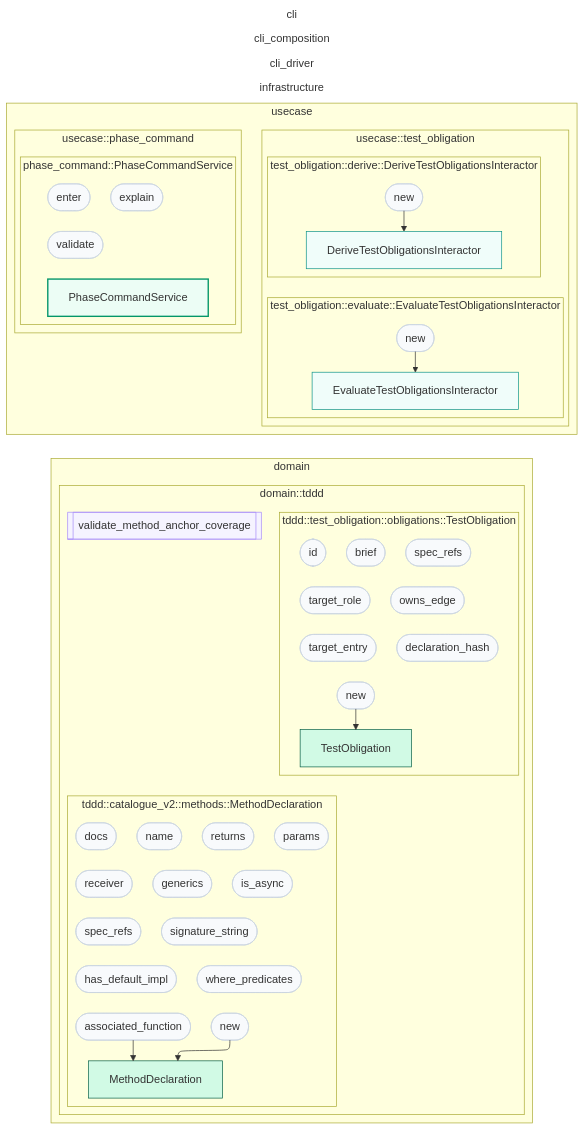
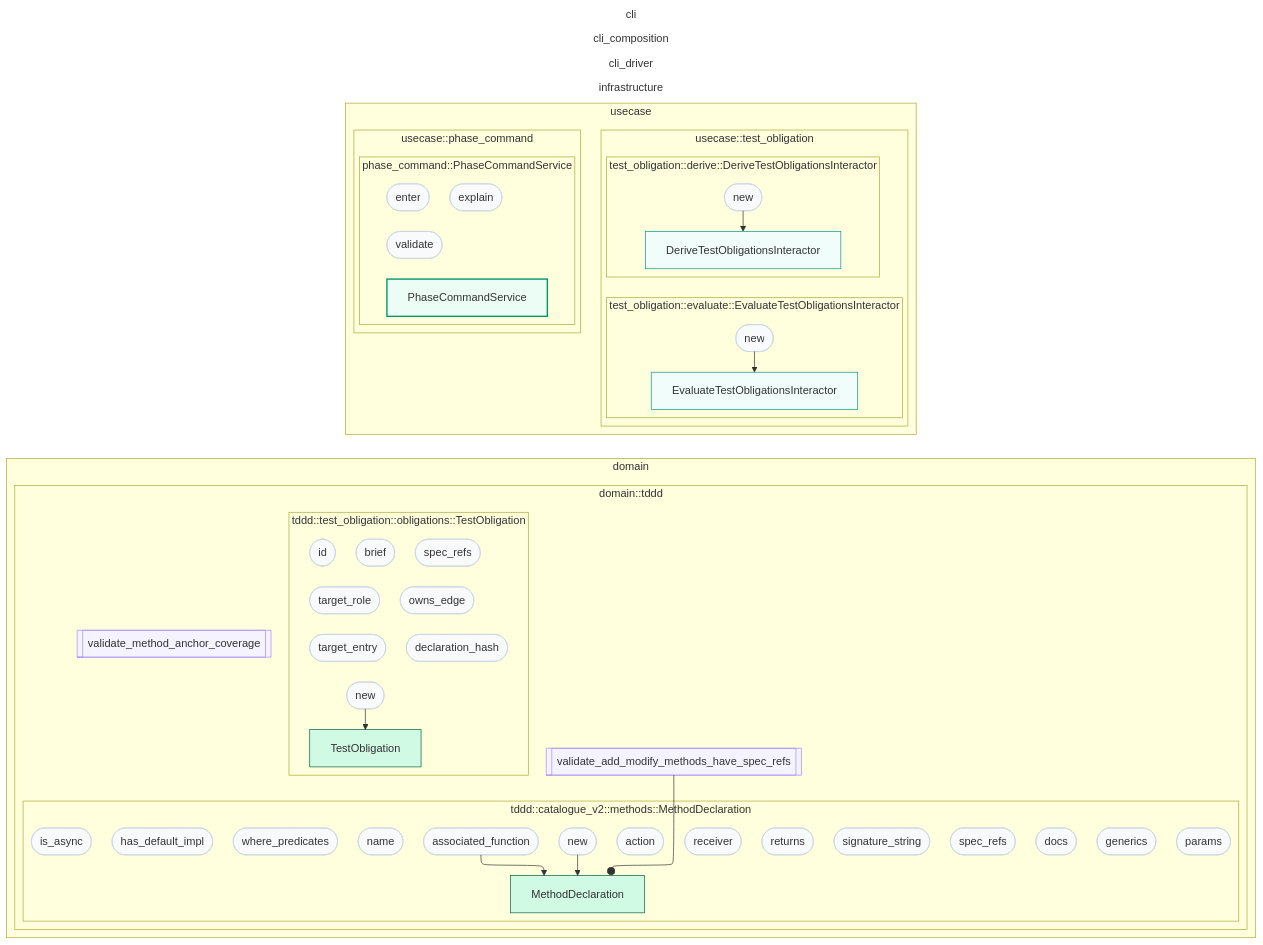
Before and after one commit to Flip451/SoTOHE-core: the diagram in track/items/2026-08-13-test-obligation-method-anchor-ownership/contract-map.md, drawn with Mermaid. The commit also changed 70 other files, not shown here.

First line of the commit message:
feat(tddd): add MethodDeclaration.action and route live profile to grok

```diff
--- a/track/items/2026-08-13-test-obligation-method-anchor-ownership/contract-map.md
+++ b/track/items/2026-08-13-test-obligation-method-anchor-ownership/contract-map.md
@@ -50,6 +50,7 @@
     T31_domain_domain_MethodDeclaration_generics([generics])
     T31_domain_domain_MethodDeclaration_where_predicates([where_predicates])
     T31_domain_domain_MethodDeclaration_spec_refs([spec_refs])
+    T31_domain_domain_MethodDeclaration_action([action])
     T31_domain_domain_MethodDeclaration_docs([docs])
     T31_domain_domain_MethodDeclaration_signature_string([signature_string])
   end
@@ -65,6 +66,7 @@
     T28_domain_domain_TestObligation_spec_refs([spec_refs])
     T28_domain_domain_TestObligation_owns_edge([owns_edge])
   end
+  F100_domain_domain_domain__tddd__test_obligation__obligations__validate_add_modify_methods_have_spec_refs[[validate_add_modify_methods_have_spec_refs]]
   F89_domain_domain_domain__tddd__test_obligation__obligations__validate_method_anchor_coverage[[validate_method_anchor_coverage]]
   end
 end
@@ -109,6 +111,7 @@
 T31_domain_domain_MethodDeclaration_new --> T31_domain_domain_MethodDeclaration__self
 T31_domain_domain_MethodDeclaration_associated_function --> T31_domain_domain_MethodDeclaration__self
 T28_domain_domain_TestObligation_new --> T28_domain_domain_TestObligation__self
+F100_domain_domain_domain__tddd__test_obligation__obligations__validate_add_modify_methods_have_spec_refs --o T31_domain_domain_MethodDeclaration__self
 T47_usecase_usecase_DeriveTestObligationsInteractor_new --> T47_usecase_usecase_DeriveTestObligationsInteractor__self
 T49_usecase_usecase_EvaluateTestObligationsInteractor_new --> T49_usecase_usecase_EvaluateTestObligationsInteractor__self
 class T31_domain_domain_MethodDeclaration_new method_node
@@ -122,6 +125,7 @@
 class T31_domain_domain_MethodDeclaration_generics method_node
 class T31_domain_domain_MethodDeclaration_where_predicates method_node
 class T31_domain_domain_MethodDeclaration_spec_refs method_node
+class T31_domain_domain_MethodDeclaration_action method_node
 class T31_domain_domain_MethodDeclaration_docs method_node
 class T31_domain_domain_MethodDeclaration_signature_string method_node
 class T31_domain_domain_MethodDeclaration__self value_object
@@ -134,6 +138,8 @@
 class T28_domain_domain_TestObligation_spec_refs method_node
 class T28_domain_domain_TestObligation_owns_edge method_node
 class T28_domain_domain_TestObligation__self value_object
+class F100_domain_domain_domain__tddd__test_obligation__obligations__validate_add_modify_methods_have_spec_refs free_function
+class F100_domain_domain_domain__tddd__test_obligation__obligations__validate_add_modify_methods_have_spec_refs function_node
 class F89_domain_domain_domain__tddd__test_obligation__obligations__validate_method_anchor_coverage free_function
 class F89_domain_domain_domain__tddd__test_obligation__obligations__validate_method_anchor_coverage function_node
 class R35_usecase_usecase_PhaseCommandService_validate method_node
```
